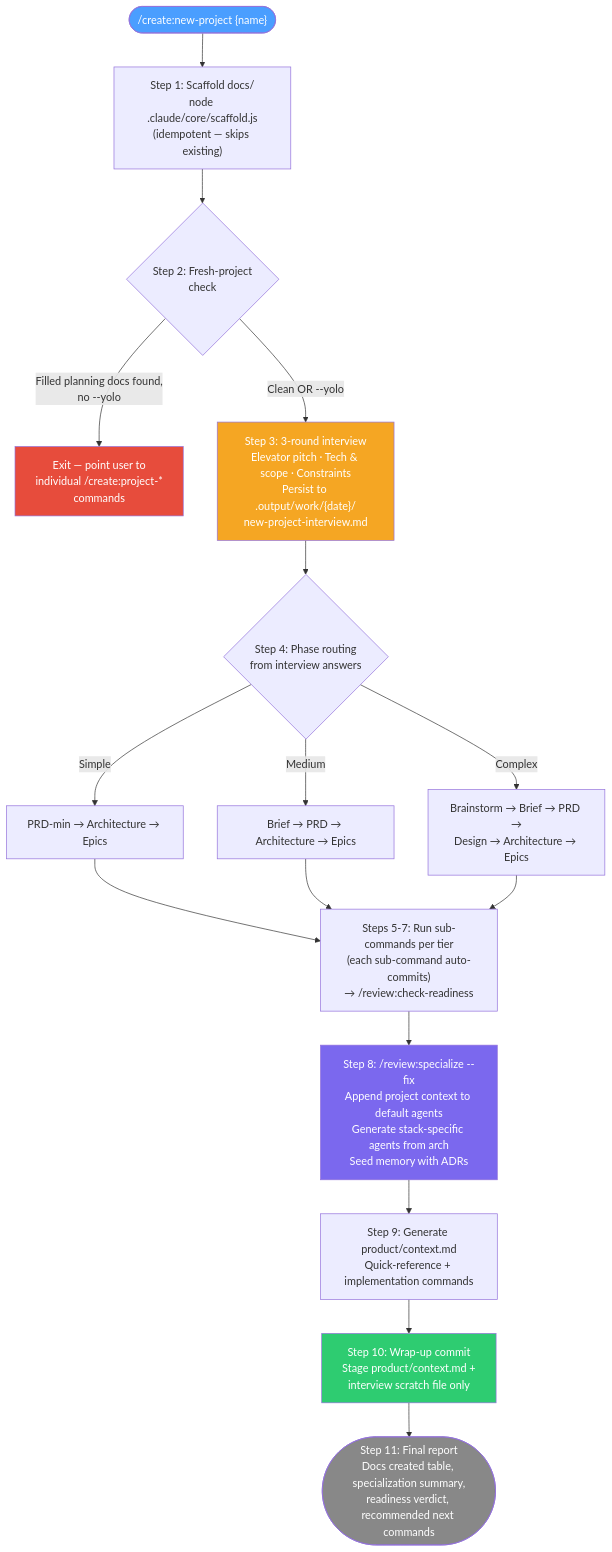
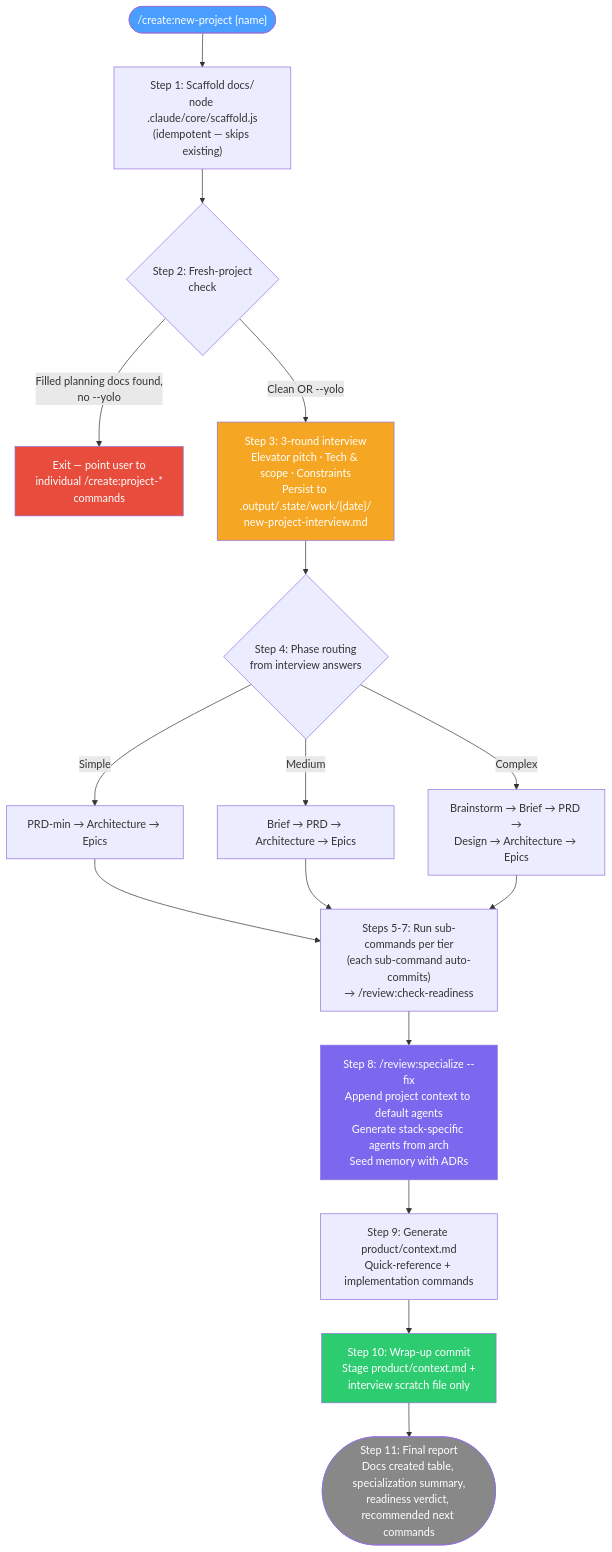
One commit to Domdhi/Agents.Domdhi changed diagram 11 of 37 in docs/reference/commands.md. Above: the diagram before and after it, drawn with Mermaid. The commit also changed other lines of this file and 185 other files, not shown here.

````diff
--- a/docs/reference/commands.md
+++ b/docs/reference/commands.md
@@ -551,35 +551,35 @@
 ```mermaid
 flowchart TD
     START(["/create:new-project {name}"]) --> SCAFFOLD["Step 1: Scaffold docs/\nnode .claude/core/scaffold.js\n(idempotent — skips existing)"]
     SCAFFOLD --> FRESH{Step 2: Fresh-project\ncheck}
     FRESH -->|Filled planning docs found,\nno --yolo| EXIT["Exit — point user to\nindividual /create:project-*\ncommands"]
     FRESH -->|Clean OR --yolo| INTERVIEW
 
-    INTERVIEW["Step 3: 3-round interview\nElevator pitch · Tech & scope · Constraints\nPersist to .output/work/{date}/\nnew-project-interview.md"]
+    INTERVIEW["Step 3: 3-round interview\nElevator pitch · Tech & scope · Constraints\nPersist to .output/.state/work/{date}/\nnew-project-interview.md"]
 
     INTERVIEW --> ROUTE{Step 4: Phase routing\nfrom interview answers}
     ROUTE -->|Simple| SIMPLE["PRD-min → Architecture → Epics"]
     ROUTE -->|Medium| MEDIUM["Brief → PRD → Architecture → Epics"]
     ROUTE -->|Complex| COMPLEX["Brainstorm → Brief → PRD →\nDesign → Architecture → Epics"]
 
     SIMPLE --> PLAN
     MEDIUM --> PLAN
     COMPLEX --> PLAN
 
     PLAN["Steps 5-7: Run sub-commands per tier\n(each sub-command auto-commits)\n→ /review:check-readiness"]
 
     PLAN --> SPECIALIZE["Step 8: /review:specialize --fix\nAppend project context to default agents\nGenerate stack-specific agents from arch\nSeed memory with ADRs"]
 
     SPECIALIZE --> CONTEXT["Step 9: Generate product/context.md\nQuick-reference + implementation commands"]
 
     CONTEXT --> COMMIT["Step 10: Wrap-up commit\nStage product/context.md +\ninterview scratch file only"]
 
     COMMIT --> REPORT(["Step 11: Final report\nDocs created table, specialization summary,\nreadiness verdict, recommended next commands"])
 
     style START fill:#4a9eff,color:#fff
     style EXIT fill:#e74c3c,color:#fff
     style INTERVIEW fill:#f5a623,color:#fff
     style SPECIALIZE fill:#7b68ee,color:#fff
     style COMMIT fill:#2ecc71,color:#fff
     style REPORT fill:#888,color:#fff
 ```
````
